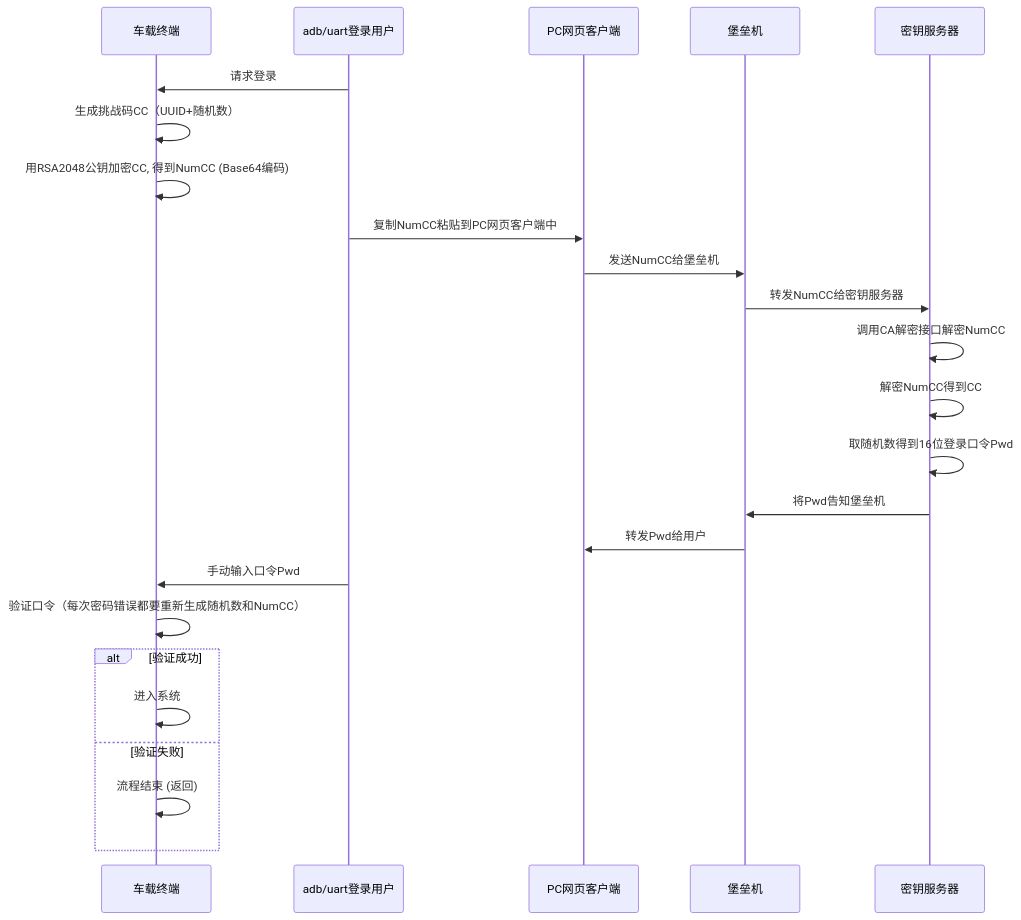
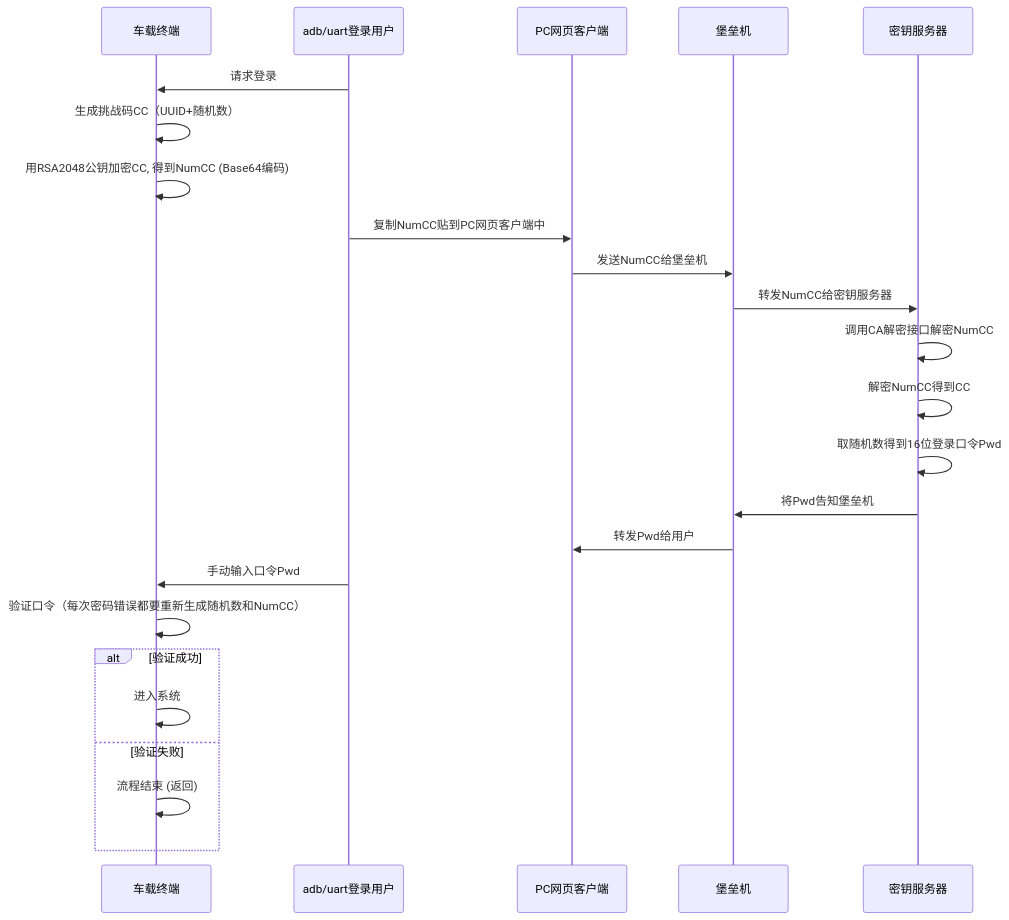
The diagram in all/未命名-16.md (facebook-cloud/iodraw-files), drawn with Mermaid before and after one commit.

Commit message:
2026-02-05 18:06:59 update

````diff
--- a/all/未命名-16.md
+++ b/all/未命名-16.md
@@ -1,30 +1,30 @@
 ```mermaid
 sequenceDiagram
     participant tbox as 车载终端
     participant user as adb/uart登录用户
     participant pc as PC网页客户端
     participant bastion as 堡垒机
     participant tech_center as 密钥服务器
   
 
     user->>tbox: 请求登录
     tbox->>tbox: 生成挑战码CC（UUID+随机数）
     tbox->>tbox: 用RSA2048公钥加密CC, 得到NumCC (Base64编码)
-    user->>pc: 复制NumCC粘贴到PC网页客户端中
+    user->>pc: 复制NumCC贴到PC网页客户端中
     pc->>bastion: 发送NumCC给堡垒机
     bastion->>tech_center: 转发NumCC给密钥服务器
     tech_center->>tech_center: 调用CA解密接口解密NumCC
     tech_center->>tech_center: 解密NumCC得到CC
     tech_center->>tech_center: 取随机数得到16位登录口令Pwd
     tech_center->>bastion: 将Pwd告知堡垒机
     bastion->>pc: 转发Pwd给用户
     user->>tbox: 手动输入口令Pwd
     tbox->>tbox: 验证口令（每次密码错误都要重新生成随机数和NumCC）
     alt 验证成功
         tbox->>tbox: 进入系统
     else 验证失败
         tbox->>tbox: 流程结束 (返回)
     end
 
 
 ```
````
